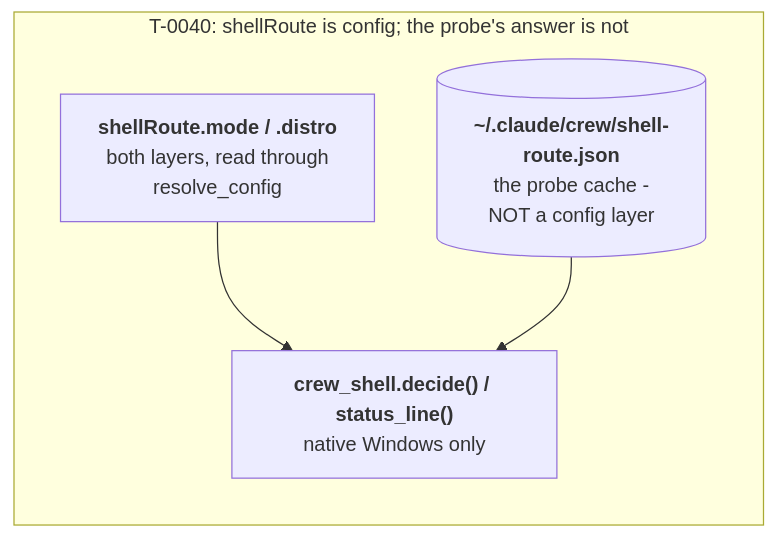
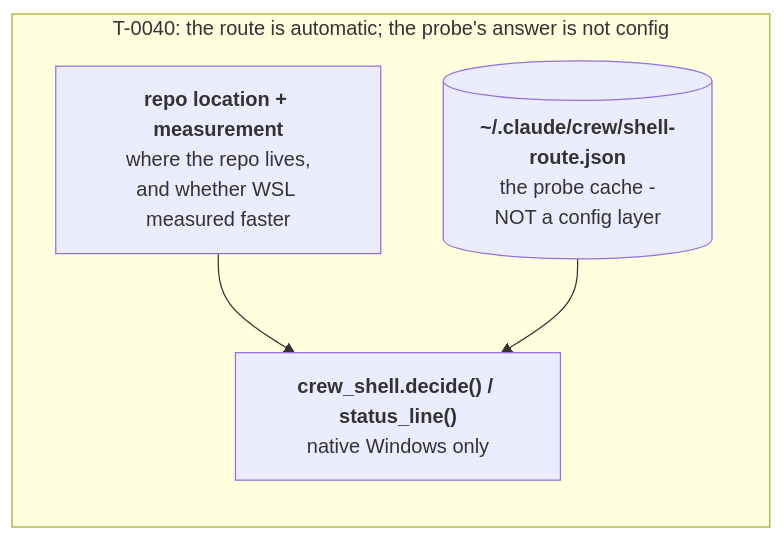
The diagram in docs/diagrams/data-flow-crew-config-shell-route.mmd (mbadali25/useful-claude-add-ons), drawn with Mermaid before and after one commit. The commit also changed 98 other files, not shown here.

Commit message:
L-0725: docs sweep, rebuilt guides and diagrams, test fixes, migrate.md within budget

```diff
--- a/docs/diagrams/data-flow-crew-config-shell-route.mmd
+++ b/docs/diagrams/data-flow-crew-config-shell-route.mmd
@@ -1,21 +1,23 @@
 %% Generated from useful-claude-add-ons@18e4afce3 on 2026-10-02, re-anchored 2026-10-19 (L-0727: resolve_gitbash gained a strict mode, which this diagram does not draw). Verify before trusting.
 %% Anchors: plugin/crew/hooks/scripts/crew_config.py, plugin/crew/hooks/scripts/crew_shell.py
-%% Purpose: shellRoute: the two config keys read through resolve_config, beside the machine-local probe cache that is not a config layer, both feeding crew_shell.decide().
+%% Purpose: shellRoute: the route is chosen automatically from the machine-local probe cache and the repo's location; no config key feeds it any more (L-0725 removed shellRoute.mode and shellRoute.distro).
 %% Embed: none
 %% Split from data-flow-crew-config.mmd (the overview); edges to other parts are drawn there.
-%% Note SR: shellRoute.mode / shellRoute.distro both layers, plugin/crew/hooks/scripts/crew_config.py:340 /
-%%    :579 read by crew_shell.settings through resolve_config; an unrecognised mode reads as auto and is named
+%% Re-drawn for L-0725: the shellRoute config block is gone, so the config box is replaced by the repo location and measurement
+%%    inputs decide() already took. The :NNN citations on SRD predate this edit and were not re-measured.
+%% Note SR: the repo's location and any measurement (`crew_shell.py measure --write`) plus the probe cache feed
+%%    crew_shell.decide(); there is no mode to force and no distro to pin, so routing is automatic
 %% Note SRC: ~/.claude/crew/shell-route.json crew_shell.probe_path() - the machine-local probe cache written
 %%    only by probe --write and measure --write; NOT a config layer, never merged
 %% Note SRD: crew_shell.decide() / status_line() plugin/crew/hooks/scripts/crew_shell.py:560 / :923 native
 %%    Windows only - off Windows, plain bash -c
 flowchart LR
 
-    subgraph ShellRoute["T-0040: shellRoute is config; the probe's answer is not"]
+    subgraph ShellRoute["T-0040: the route is automatic; the probe's answer is not config"]
         direction TB
-        SR["<b>shellRoute.mode / .distro</b><br/>both layers, read through<br/>resolve_config"]
+        SR["<b>repo location + measurement</b><br/>where the repo lives,<br/>and whether WSL measured faster"]
         SRC[("<b>~/.claude/crew/shell-route.json</b><br/>the probe cache -<br/>NOT a config layer")]
         SRD["<b>crew_shell.decide() / status_line()</b><br/>native Windows only"]
         SR --> SRD
         SRC --> SRD
     end
```
